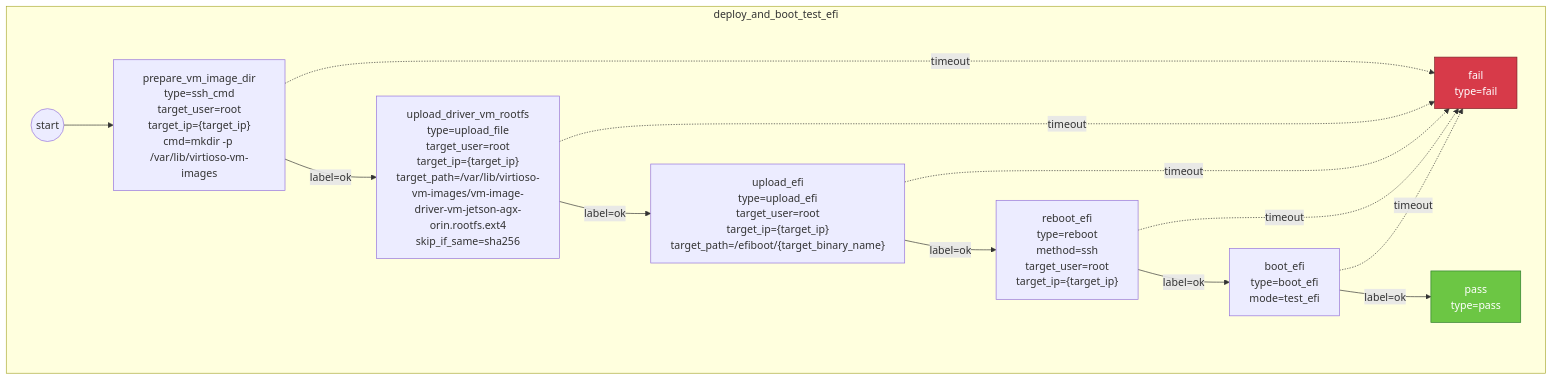
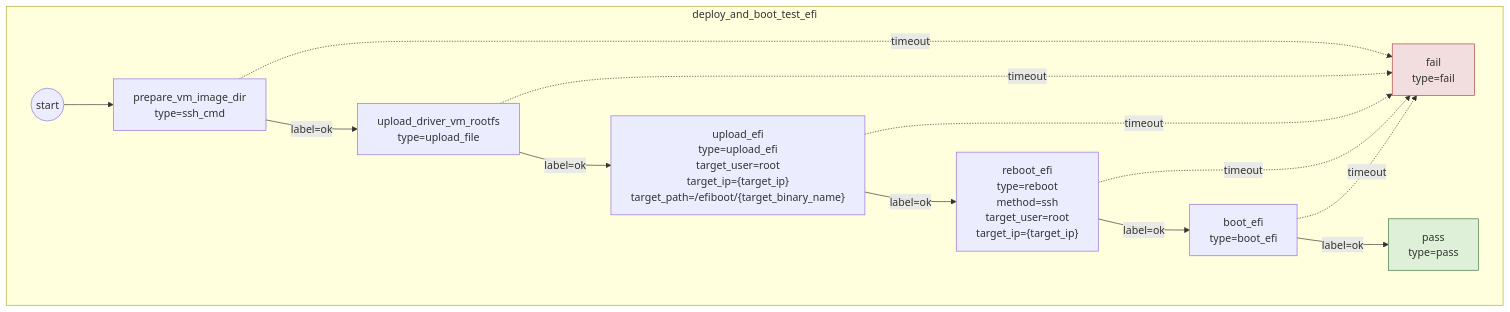
One commit to virtioso/autopilot changed the diagram in diagrams/deploy_and_boot_test_efi.mmd. Above: the diagram before and after it, drawn with Mermaid. The commit also changed 15 other files, not shown here.

Commit message:
diagrams: regenerate chain diagrams from current chain set

```diff
--- a/diagrams/deploy_and_boot_test_efi.mmd
+++ b/diagrams/deploy_and_boot_test_efi.mmd
@@ -1,27 +1,26 @@
 flowchart TD
 subgraph deploy_and_boot_test_efi[deploy_and_boot_test_efi]
 deploy_and_boot_test_efi_start((start))
 deploy_and_boot_test_efi_start --> deploy_and_boot_test_efi__prepare_vm_image_dir
-deploy_and_boot_test_efi__prepare_vm_image_dir["prepare_vm_image_dir<br/>type=ssh_cmd<br/>target_user=root<br/>target_ip={target_ip}<br/>cmd=mkdir -p /var/lib/virtioso-vm-images"]
-deploy_and_boot_test_efi__upload_driver_vm_rootfs["upload_driver_vm_rootfs<br/>type=upload_file<br/>target_user=root<br/>target_ip={target_ip}<br/>target_path=/var/lib/virtioso-vm-images/vm-image-driver-vm-jetson-agx-orin.rootfs.ext4<br/>skip_if_same=sha256"]
+deploy_and_boot_test_efi__prepare_vm_image_dir["prepare_vm_image_dir<br/>type=ssh_cmd"]
+deploy_and_boot_test_efi__upload_driver_vm_rootfs["upload_driver_vm_rootfs<br/>type=upload_file"]
 deploy_and_boot_test_efi__upload_efi["upload_efi<br/>type=upload_efi<br/>target_user=root<br/>target_ip={target_ip}<br/>target_path=/efiboot/{target_binary_name}"]
 deploy_and_boot_test_efi__reboot_efi["reboot_efi<br/>type=reboot<br/>method=ssh<br/>target_user=root<br/>target_ip={target_ip}"]
-deploy_and_boot_test_efi__boot_efi["boot_efi<br/>type=boot_efi<br/>mode=test_efi"]
+deploy_and_boot_test_efi__boot_efi["boot_efi<br/>type=boot_efi"]
 deploy_and_boot_test_efi__pass["pass<br/>type=pass"]
 deploy_and_boot_test_efi__fail["fail<br/>type=fail"]
 deploy_and_boot_test_efi__prepare_vm_image_dir -->|label=ok| deploy_and_boot_test_efi__upload_driver_vm_rootfs
 deploy_and_boot_test_efi__prepare_vm_image_dir -.->|timeout| deploy_and_boot_test_efi__fail
 deploy_and_boot_test_efi__upload_driver_vm_rootfs -->|label=ok| deploy_and_boot_test_efi__upload_efi
 deploy_and_boot_test_efi__upload_driver_vm_rootfs -.->|timeout| deploy_and_boot_test_efi__fail
 deploy_and_boot_test_efi__upload_efi -->|label=ok| deploy_and_boot_test_efi__reboot_efi
 deploy_and_boot_test_efi__upload_efi -.->|timeout| deploy_and_boot_test_efi__fail
 deploy_and_boot_test_efi__reboot_efi -->|label=ok| deploy_and_boot_test_efi__boot_efi
 deploy_and_boot_test_efi__reboot_efi -.->|timeout| deploy_and_boot_test_efi__fail
 deploy_and_boot_test_efi__boot_efi -->|label=ok| deploy_and_boot_test_efi__pass
 deploy_and_boot_test_efi__boot_efi -.->|timeout| deploy_and_boot_test_efi__fail
 end
-
-classDef pass fill:#6cc644,stroke:#2c7a2c,color:#fff;
-classDef fail fill:#d73a49,stroke:#7a1f25,color:#fff;
+classDef pass fill:#dff0d8,stroke:#3c763d,stroke-width:1px;
+classDef fail fill:#f2dede,stroke:#a94442,stroke-width:1px;
 class deploy_and_boot_test_efi__pass pass;
 class deploy_and_boot_test_efi__fail fail;
```
